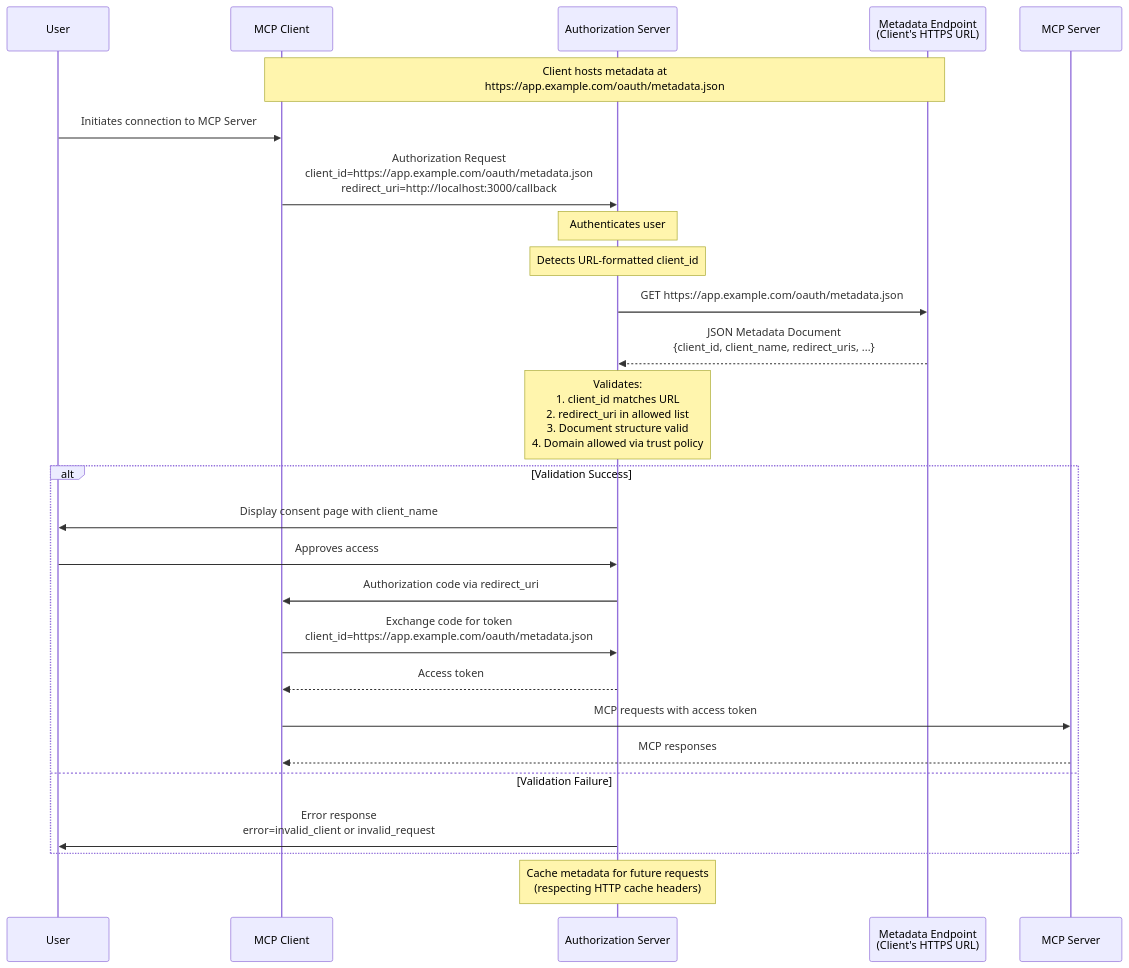
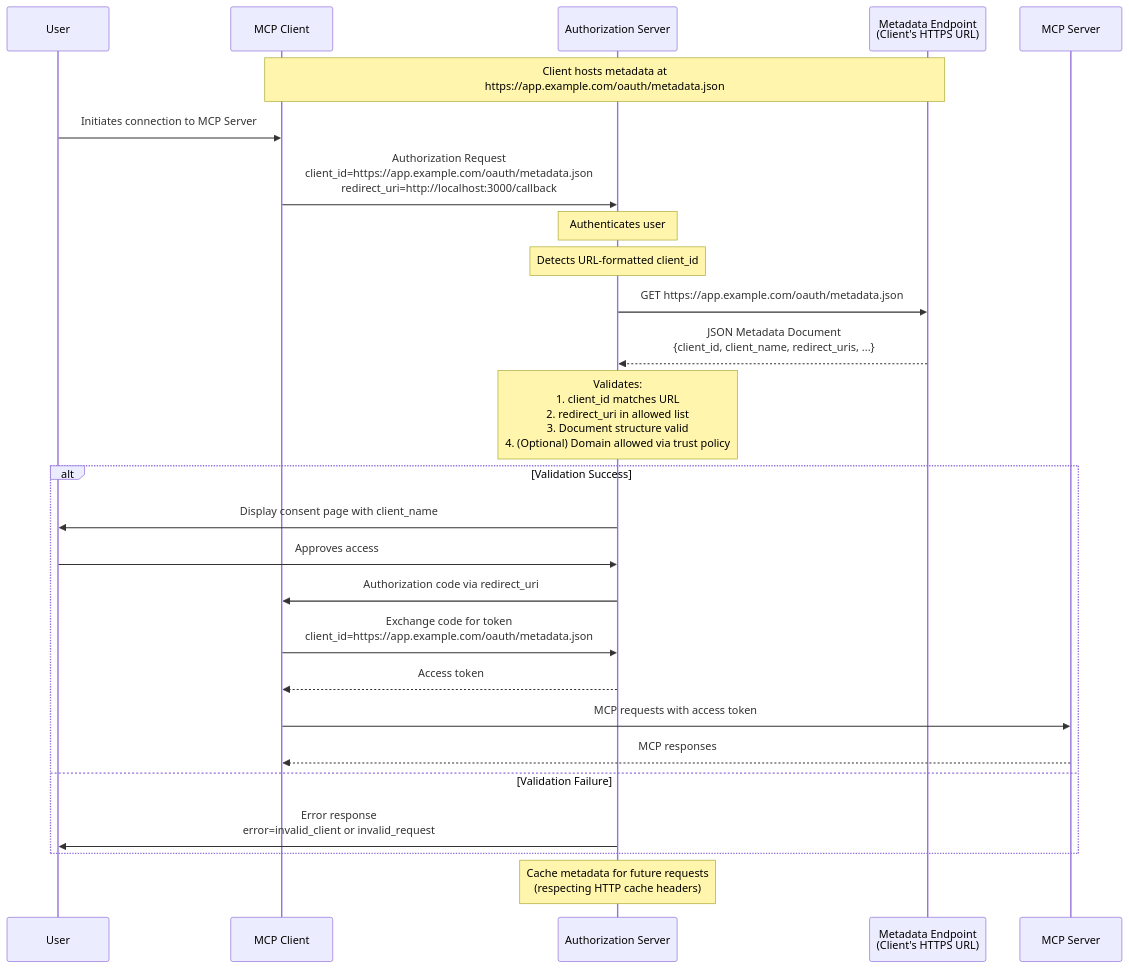
The second of 3 diagrams in docs/specification/draft/basic/authorization.mdx (modelcontextprotocol/modelcontextprotocol), drawn with Mermaid before and after one commit.

````diff
--- a/docs/specification/draft/basic/authorization.mdx
+++ b/docs/specification/draft/basic/authorization.mdx
@@ -259,36 +259,36 @@
 ```mermaid
 sequenceDiagram
     participant User
     participant Client as MCP Client
     participant Server as Authorization Server
     participant Metadata as Metadata Endpoint<br/>(Client's HTTPS URL)
     participant Resource as MCP Server
 
     Note over Client,Metadata: Client hosts metadata at<br/>https://app.example.com/oauth/metadata.json
 
     User->>Client: Initiates connection to MCP Server
     Client->>Server: Authorization Request<br/>client_id=https://app.example.com/oauth/metadata.json<br/>redirect_uri=http://localhost:3000/callback
 
     Note over Server: Authenticates user
 
     Note over Server: Detects URL-formatted client_id
 
     Server->>Metadata: GET https://app.example.com/oauth/metadata.json
     Metadata-->>Server: JSON Metadata Document<br/>{client_id, client_name, redirect_uris, ...}
 
-    Note over Server: Validates:<br/>1. client_id matches URL<br/>2. redirect_uri in allowed list<br/>3. Document structure valid<br/>4. Domain allowed via trust policy
+    Note over Server: Validates:<br/>1. client_id matches URL<br/>2. redirect_uri in allowed list<br/>3. Document structure valid<br/>4. (Optional) Domain allowed via trust policy
 
     alt Validation Success
         Server->>User: Display consent page with client_name
         User->>Server: Approves access
         Server->>Client: Authorization code via redirect_uri
         Client->>Server: Exchange code for token<br/>client_id=https://app.example.com/oauth/metadata.json
         Server-->>Client: Access token
         Client->>Resource: MCP requests with access token
         Resource-->>Client: MCP responses
     else Validation Failure
         Server->>User: Error response<br/>error=invalid_client or invalid_request
     end
 
     Note over Server: Cache metadata for future requests<br/>(respecting HTTP cache headers)
 ```
````
